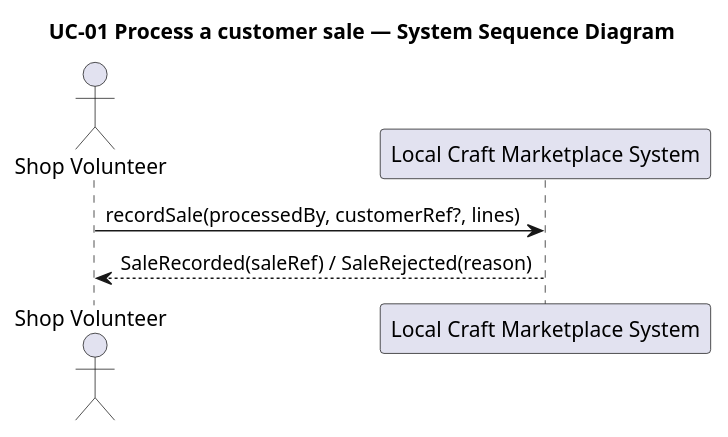
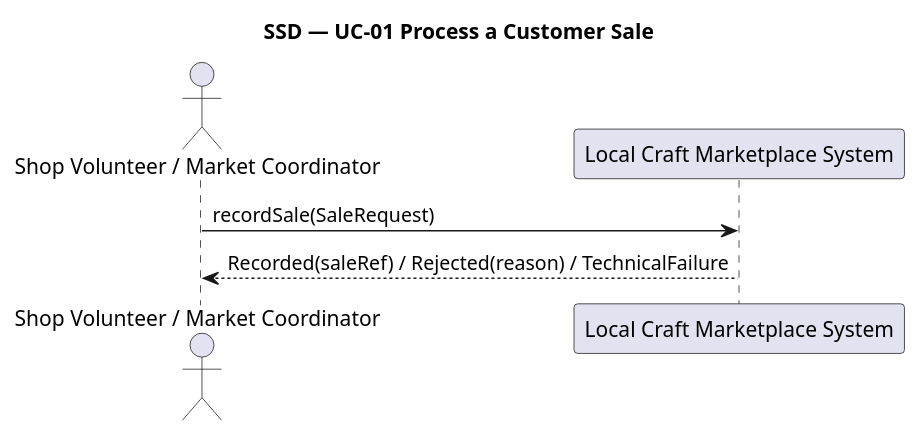
Before and after one commit to Mykola-Rubliuk/LocalCraftMarketplace: the diagram in ca2-analysis/slices/slice-4/ssd/ssd.puml, drawn with PlantUML. The commit also changed 9 other files, not shown here.

Commit message:
Align reservation and customer sale slice designs

```diff
--- a/ca2-analysis/slices/slice-4/ssd/ssd.puml
+++ b/ca2-analysis/slices/slice-4/ssd/ssd.puml
@@ -1,7 +1,9 @@
 @startuml
-title UC-01 Process a customer sale — System Sequence Diagram
-actor "Shop Volunteer" as Volunteer
+title SSD — UC-01 Process a Customer Sale
+
+actor "Shop Volunteer / Market Coordinator" as Processor
 participant "Local Craft Marketplace System" as System
-Volunteer -> System: recordSale(processedBy, customerRef?, lines)
-System --> Volunteer: SaleRecorded(saleRef) / SaleRejected(reason)
+
+Processor -> System: recordSale(SaleRequest)
+System --> Processor: Recorded(saleRef) / Rejected(reason) / TechnicalFailure
 @enduml
```
